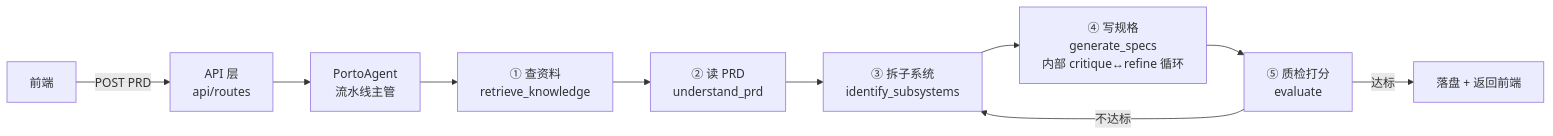
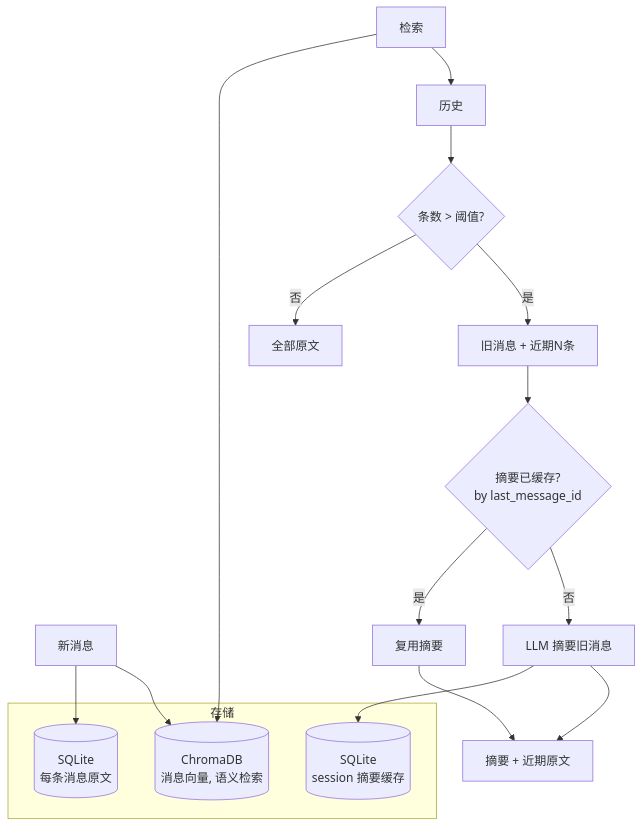
One commit to ProjAnvil/Porto changed the sixth of 7 diagrams in chatbot/docs/backend-agent-guide.md. Above: the diagram before and after it, drawn with Mermaid. The commit also changed other lines of this file, not shown here.

First line of the commit message:
docs(chatbot): 重写为 agent 架构运作机制（机制向 + 7 张 mermaid）

````diff
--- a/chatbot/docs/backend-agent-guide.md
+++ b/chatbot/docs/backend-agent-guide.md
@@ -26,12 +208,21 @@
 ```mermaid
-flowchart LR
-    U[前端] -->|POST PRD| API[API 层<br/>api/routes]
-    API --> AGENT[PortoAgent<br/>流水线主管]
-    AGENT --> R1[① 查资料<br/>retrieve_knowledge]
-    R1 --> R2[② 读 PRD<br/>understand_prd]
-    R2 --> R3[③ 拆子系统<br/>identify_subsystems]
-    R3 --> R4[④ 写规格<br/>generate_specs<br/>内部 critique↔refine 循环]
-    R4 --> R5[⑤ 质检打分<br/>evaluate]
-    R5 -->|不达标| R3
-    R5 -->|达标| OUT[落盘 + 返回前端]
+flowchart TB
+    subgraph 存储
+        A[(SQLite<br/>每条消息原文)]
+        B[(ChromaDB<br/>消息向量, 语义检索)]
+        C[(SQLite<br/>session 摘要缓存)]
+    end
+    Msg[新消息] --> A
+    Msg --> B
+    Query[检索] --> B
+    Query --> Hist[历史]
+    Hist --> Check{条数 > 阈值?}
+    Check -->|否| Out1[全部原文]
+    Check -->|是| Split[旧消息 + 近期N条]
+    Split --> Cache{摘要已缓存?<br/>by last_message_id}
+    Cache -->|是| Reuse[复用摘要]
+    Cache -->|否| Sum[LLM 摘要旧消息]
+    Sum --> C
+    Reuse --> Out2[摘要 + 近期原文]
+    Sum --> Out2
 ```
````
